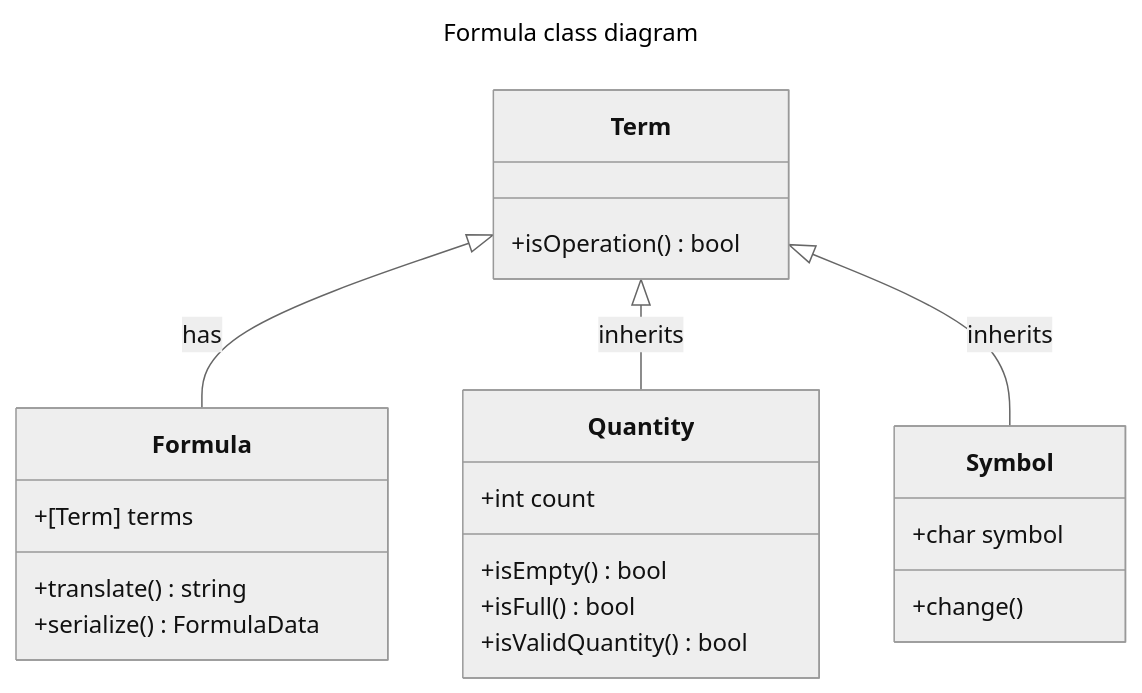
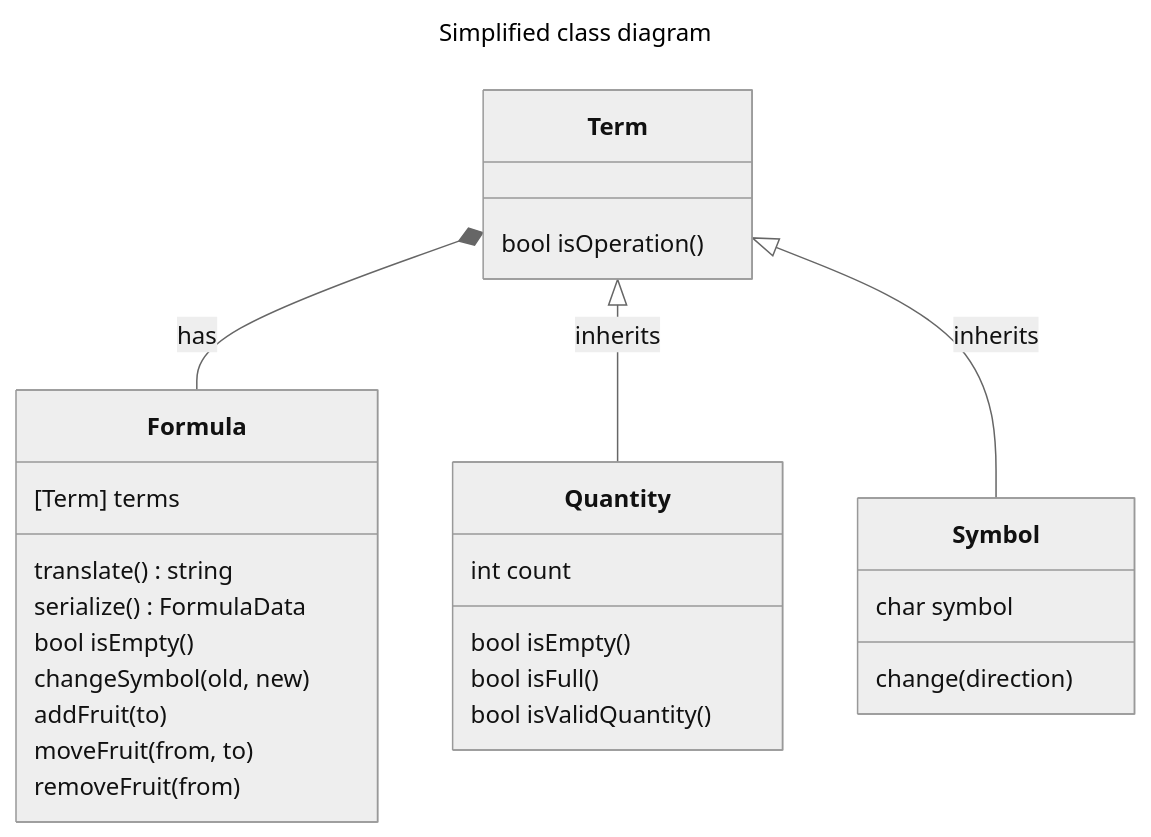
Before and after one commit to jrinconada/Documentamelon: the diagram in README.md, drawn with Mermaid (neutral theme). The commit also changed other lines of this file, not shown here.

Commit message:
Add domain introduction

````diff
--- a/README.md
+++ b/README.md
@@ -69,28 +75,32 @@
 ```mermaid
 ---
-title: Formula class diagram
+title: Simplified class diagram
 ---
 classDiagram
-    Term <|-- Formula : has
+    Term *-- Formula : has
     Term <|-- Quantity : inherits
     Term <|-- Symbol : inherits
-    class Formula{
-        +[Term] terms
-        +translate() string
-        +serialize() FormulaData
+    class Formula {
+        [Term] terms
+        translate() string
+        serialize() FormulaData
+        bool isEmpty()
+        changeSymbol(old, new)
+        addFruit(to)
+        moveFruit(from, to)
+        removeFruit(from)        
     }
-    class Term{
-      +isOperation() bool
+    class Term {
+        bool isOperation() 
     }
-    class Quantity{
-        +int count
-        +isEmpty() bool
-        +isFull() bool
-        +isValidQuantity() bool
+    class Quantity {
+        int count
+        bool isEmpty()
+        bool isFull()
+        bool isValidQuantity()
     }
-    class Symbol{
-        +char symbol
-        +change()
+    class Symbol {
+        char symbol
+        change(direction)
     }
-
 ```
````
